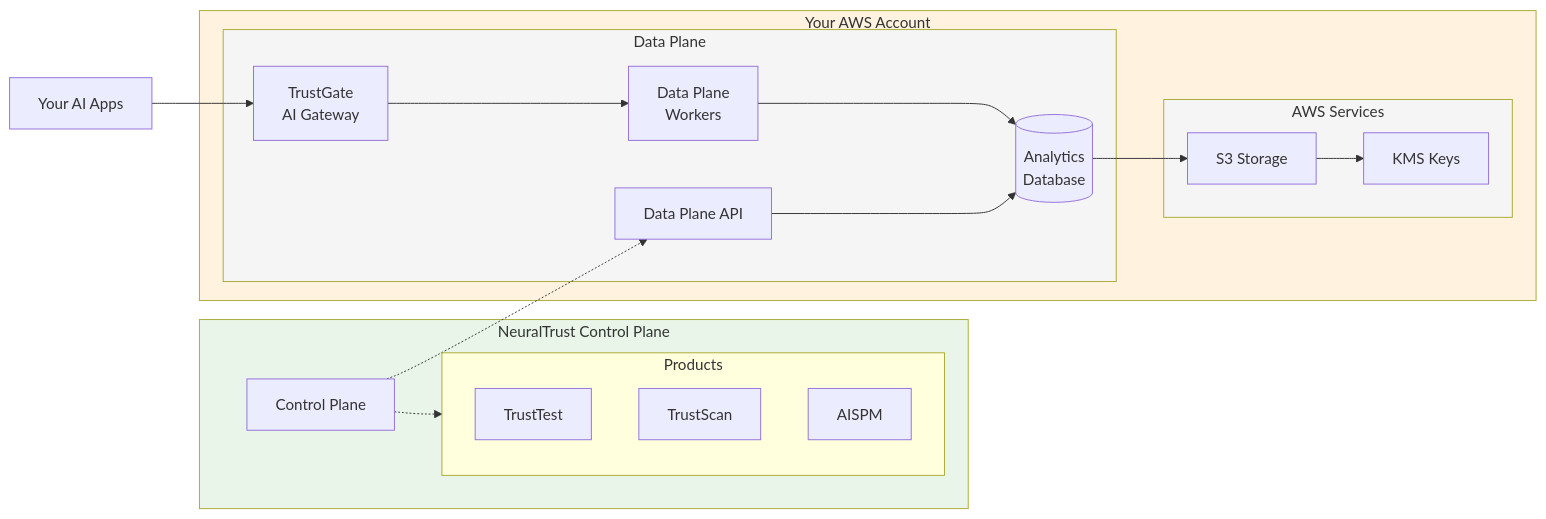
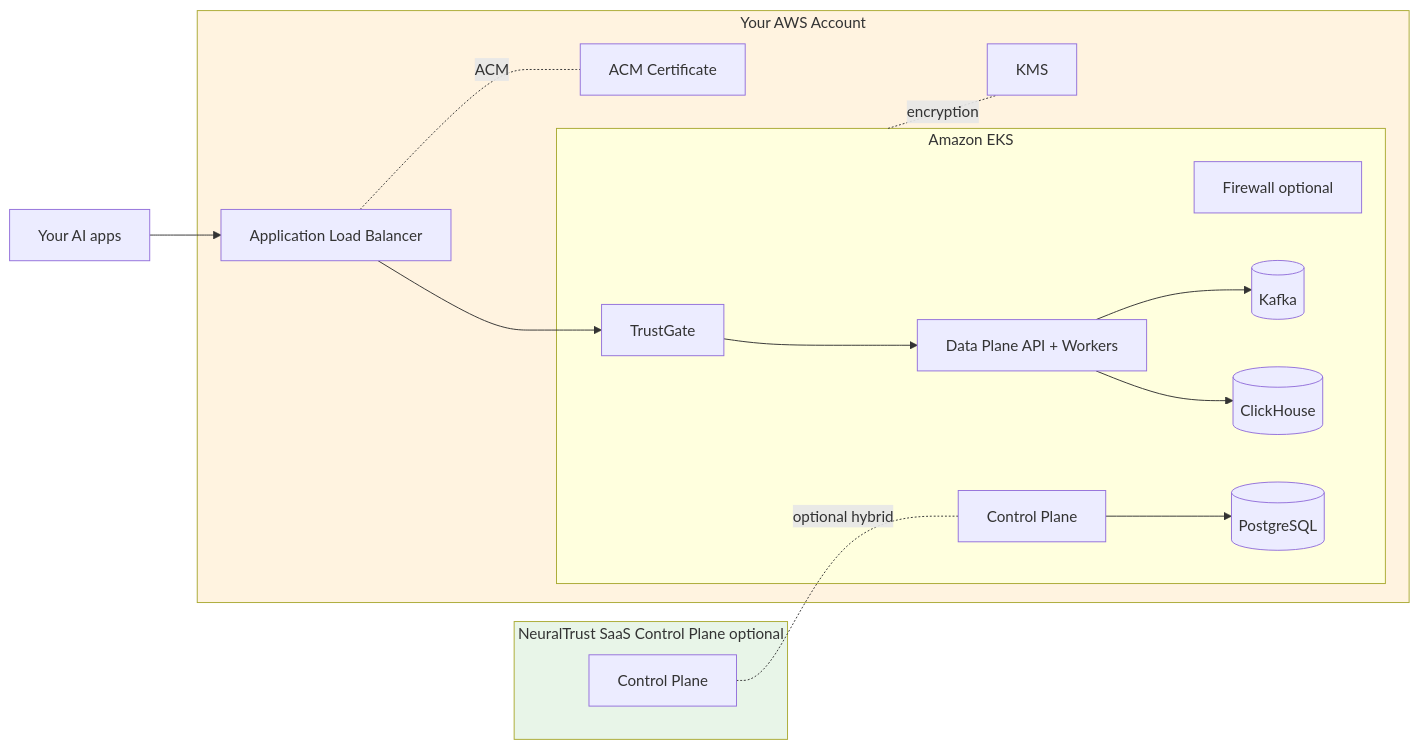
Before and after one commit to NeuralTrust/docs: the diagram in neuraltrust/deployment/aws.mdx, drawn with Mermaid. The commit also changed other lines of this file and 10 other files, not shown here.

````diff
--- a/neuraltrust/deployment/aws.mdx
+++ b/neuraltrust/deployment/aws.mdx
@@ -13,39 +12,34 @@
 ```mermaid
 flowchart LR
-    subgraph NT[NeuralTrust Control Plane]
-        Portal[Control Plane] 
-        subgraph Products[Products]
-            TrustTest[TrustTest]
-            TrustScan[TrustScan]
-            AISPM[AISPM]
+    subgraph NT[NeuralTrust SaaS Control Plane optional]
+        Portal[Control Plane]
+    end
+
+    subgraph AWS[Your AWS Account]
+        subgraph EKS[Amazon EKS]
+            TG[TrustGate]
+            CP[Control Plane]
+            DP[Data Plane API + Workers]
+            FW[Firewall optional]
+            CH[(ClickHouse)]
+            KAF[(Kafka)]
+            PG[(PostgreSQL)]
         end
+        ALB[Application Load Balancer]
+        ACM[ACM Certificate]
+        KMS[KMS]
     end
-    subgraph Customer[Your AWS Account]
-        subgraph DataPlane[Data Plane]
-            TG[TrustGate<br/>AI Gateway]
-            Workers[Data Plane<br/>Workers]
-            DB[(Analytics<br/>Database)]
-            DataPlaneApi[Data Plane API]
-        end
-        
-        subgraph Storage[AWS Services]
-            S3[S3 Storage]
-            KMS[KMS Keys]
-        end
-    end
-    
-    AI[Your AI Apps] --> TG
-    TG --> Workers
-    Workers --> DB
-    DataPlaneApi --> DB
-    DB --> S3
-    S3 --> KMS
-    
-    Portal -.-> DataPlaneApi
-    Portal -.-> Products
-    
-    style Customer fill:#fff3e0
+
+    Apps[Your AI apps] --> ALB --> TG
+    TG --> DP
+    DP --> CH
+    DP --> KAF
+    CP --> PG
+    ALB -. ACM .- ACM
+    EKS -. encryption .- KMS
+
+    Portal -. optional hybrid .- CP
+
+    style AWS fill:#fff3e0
     style NT fill:#e8f5e8
-    style DataPlane fill:#f5f5f5
-    style Storage fill:#f5f5f5
 ```
````
